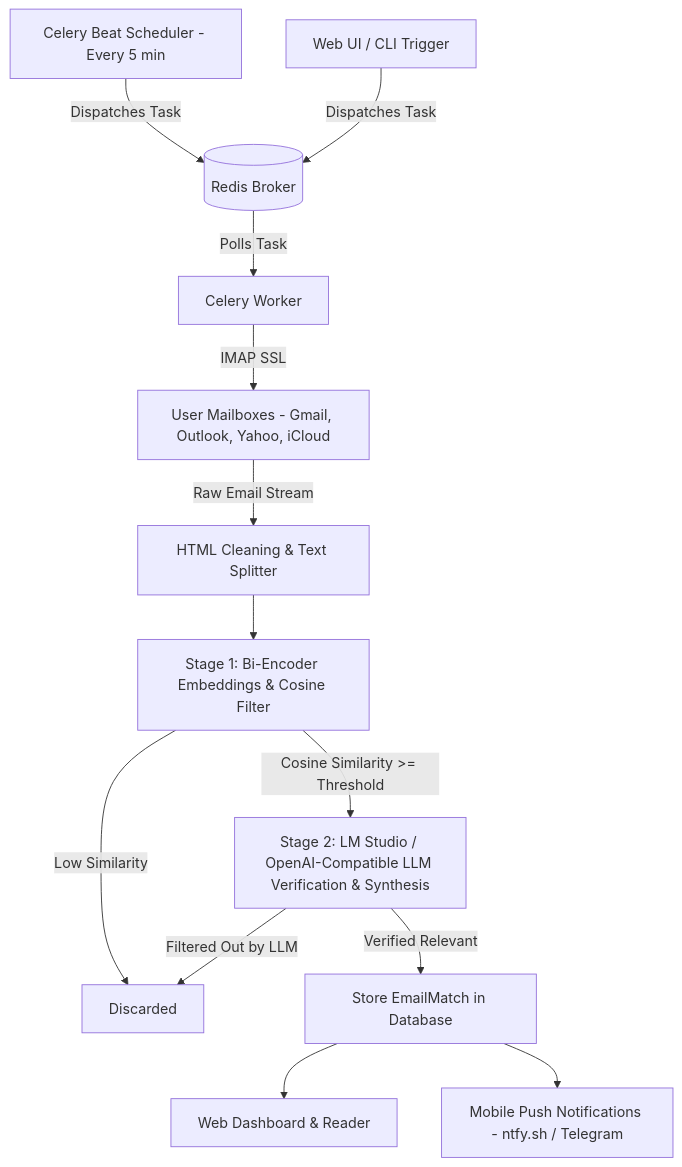
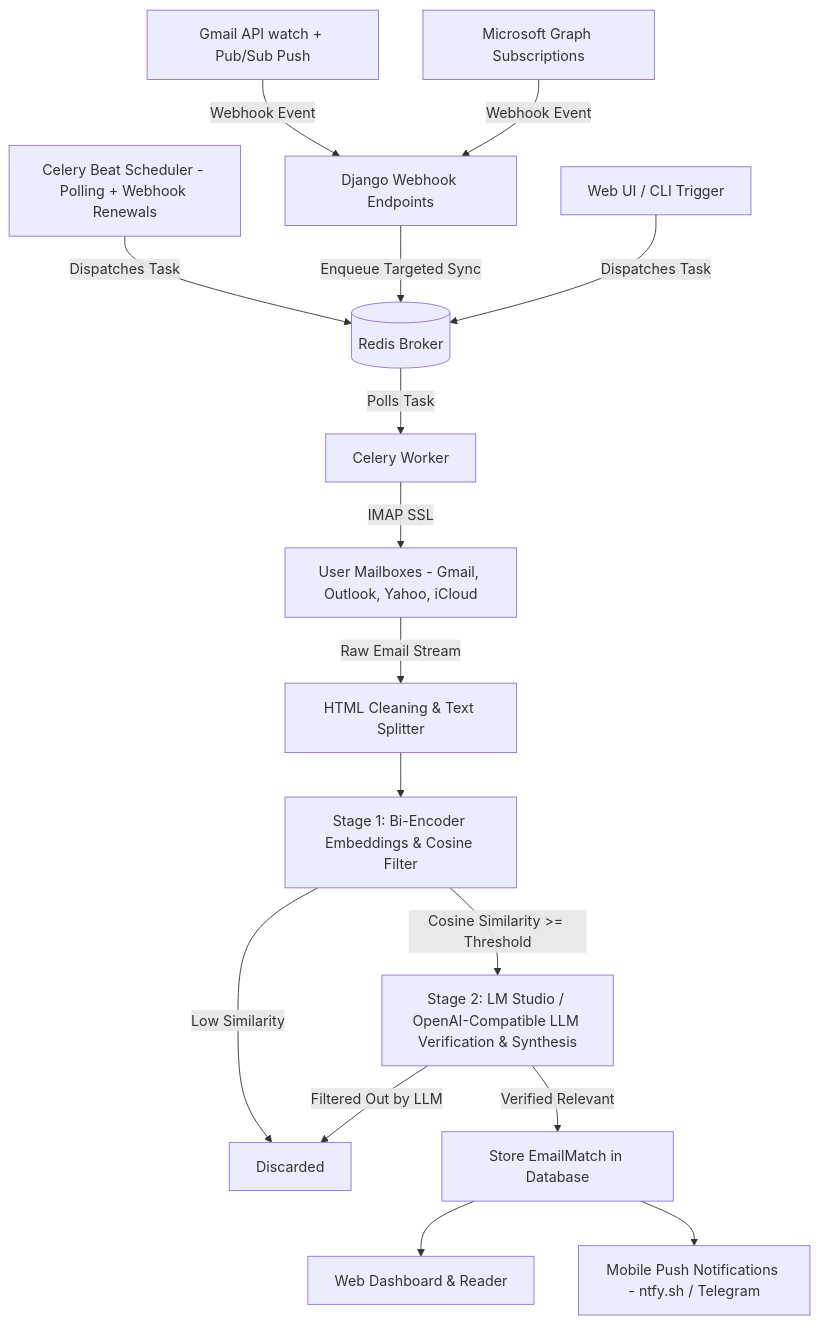
One commit to AniceKV/Notifier changed the diagram in README.md. Above: the diagram before and after it, drawn with Mermaid. The commit also changed other lines of this file and 12 other files, not shown here.

Commit message:
Add hybrid webhook models endpoints and task wiring

````diff
--- a/README.md
+++ b/README.md
@@ -20,15 +20,18 @@
 ```mermaid
 flowchart TD
-    Beat[Celery Beat Scheduler - Every 5 min] -->|Dispatches Task| Redis[(Redis Broker)]
+    Beat[Celery Beat Scheduler - Polling + Webhook Renewals] -->|Dispatches Task| Redis[(Redis Broker)]
+    GmailPush[Gmail API watch + Pub/Sub Push] -->|Webhook Event| Webhook[Django Webhook Endpoints]
+    OutlookPush[Microsoft Graph Subscriptions] -->|Webhook Event| Webhook
+    Webhook -->|Enqueue Targeted Sync| Redis
     Manual[Web UI / CLI Trigger] -->|Dispatches Task| Redis
     Redis -->|Polls Task| Worker[Celery Worker]
     Worker -->|IMAP SSL| Mailbox[User Mailboxes - Gmail, Outlook, Yahoo, iCloud]
     Mailbox -->|Raw Email Stream| Chunker[HTML Cleaning & Text Splitter]
     Chunker --> Stage1[Stage 1: Bi-Encoder Embeddings & Cosine Filter]
     Stage1 -->|Cosine Similarity >= Threshold| Stage2[Stage 2: LM Studio / OpenAI-Compatible LLM Verification & Synthesis]
     Stage1 -->|Low Similarity| Discard[Discarded]
     Stage2 -->|Filtered Out by LLM| Discard
     Stage2 -->|Verified Relevant| SaveMatch[Store EmailMatch in Database]
     SaveMatch --> WebDashboard[Web Dashboard & Reader]
     SaveMatch --> MobilePush[Mobile Push Notifications - ntfy.sh / Telegram]
 ```
````
